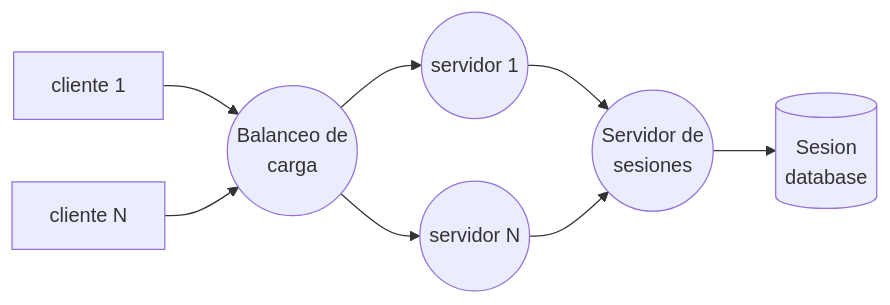
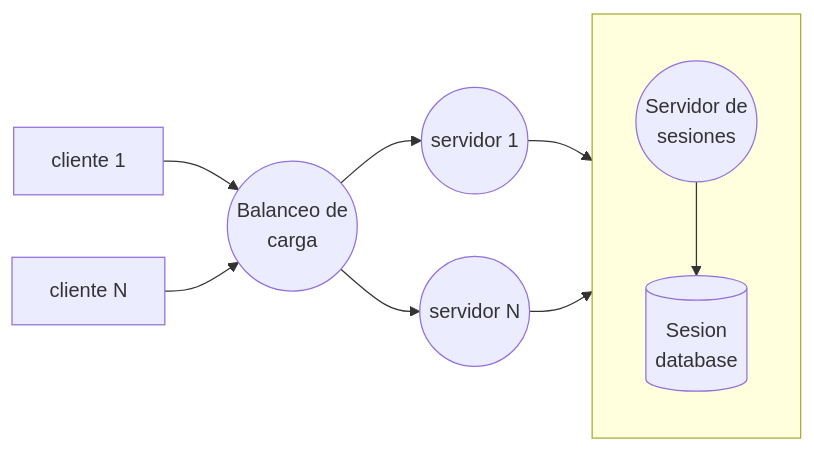
The fourth of 4 diagrams in 3/3.1/isd/teoríca/isd-service_REST.md (Adega318/uni-apuntes), drawn with Mermaid before and after one commit. The commit also changed other lines of this file, not shown here.

Commit message:
vault backup: 2023-11-09 11:23:31

````diff
--- a/3/3.1/isd/teoríca/isd-service_REST.md
+++ b/3/3.1/isd/teoríca/isd-service_REST.md
@@ -52,18 +52,21 @@
 ```mermaid
 flowchart LR
 	c1[cliente 1]
 	c2[cliente N]
 	b(("Balanceo de\ncarga"))
 	s1((servidor 1))
 	s2((servidor N))
-	ss(("Servidor de\nsesiones"))
-	db[("Sesion\ndatabase")]
-	
+	subgraph \n
+		direction TB
+		ss(("Servidor de\nsesiones"))
+		db[("Sesion\ndatabase")]
+	end
+
 	c1-->b
 	c2-->b
 	b-->s1
 	b-->s2
 	s1-->ss
 	s2-->ss
 	ss-->db
 ```
````
